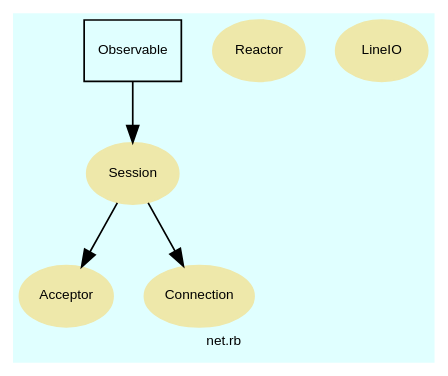
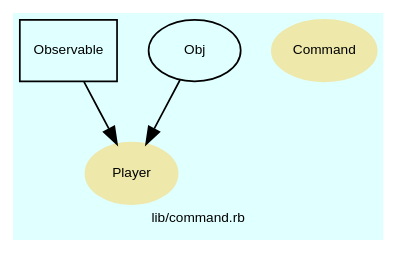
Before and after one commit to Tyche/teensymud: the diagram in doc/dot/f_2.dot, drawn with Graphviz. The commit also changed 87 other files, not shown here.

```diff
--- a/doc/dot/f_2.dot
+++ b/doc/dot/f_2.dot
@@ -1,76 +1,50 @@
 digraph TopLevel {
     compound = true
     bgcolor = lightcyan1
     fontname = Arial
     fontsize = 8
-    label = "net.rb"
+    label = "lib/command.rb"
     node [
         fontname = Arial,
         fontsize = 8,
         color = black
     ]
 
-    Acceptor [
+    Player [
         fontcolor = black,
-        URL = "classes/Acceptor.html",
+        URL = "classes/Player.html",
         shape = ellipse,
         color = palegoldenrod,
         style = filled,
-        label = "Acceptor"
+        label = "Player"
     ]
 
-    Reactor [
+    Command [
         fontcolor = black,
-        URL = "classes/Reactor.html",
+        URL = "classes/Command.html",
         shape = ellipse,
         color = palegoldenrod,
         style = filled,
-        label = "Reactor"
-    ]
-
-    Session [
-        fontcolor = black,
-        URL = "classes/Session.html",
-        shape = ellipse,
-        color = palegoldenrod,
-        style = filled,
-        label = "Session"
-    ]
-
-    Connection [
-        fontcolor = black,
-        URL = "classes/Connection.html",
-        shape = ellipse,
-        color = palegoldenrod,
-        style = filled,
-        label = "Connection"
-    ]
-
-    LineIO [
-        fontcolor = black,
-        URL = "classes/LineIO.html",
-        shape = ellipse,
-        color = palegoldenrod,
-        style = filled,
-        label = "LineIO"
-    ]
-
-    Session -> Acceptor [
-
+        label = "Command"
     ]
 
     Observable [
         URL = "classes/Observable.html",
         shape = box,
         label = "Observable"
     ]
 
-    Observable -> Session [
+    Observable -> Player [
 
     ]
 
-    Session -> Connection [
+    Obj [
+        URL = "classes/Obj.html",
+        label = "Obj"
+    ]
+
+    Obj -> Player [
 
     ]
 
 }
```
